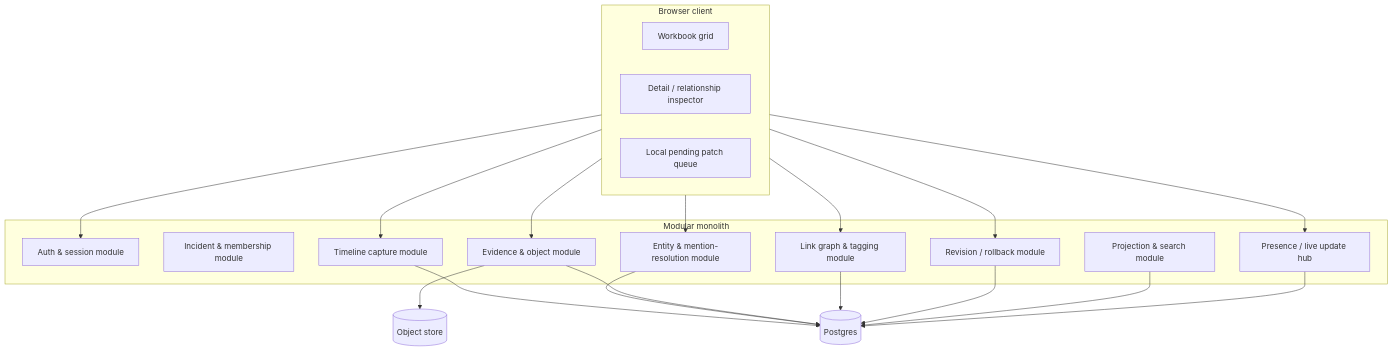
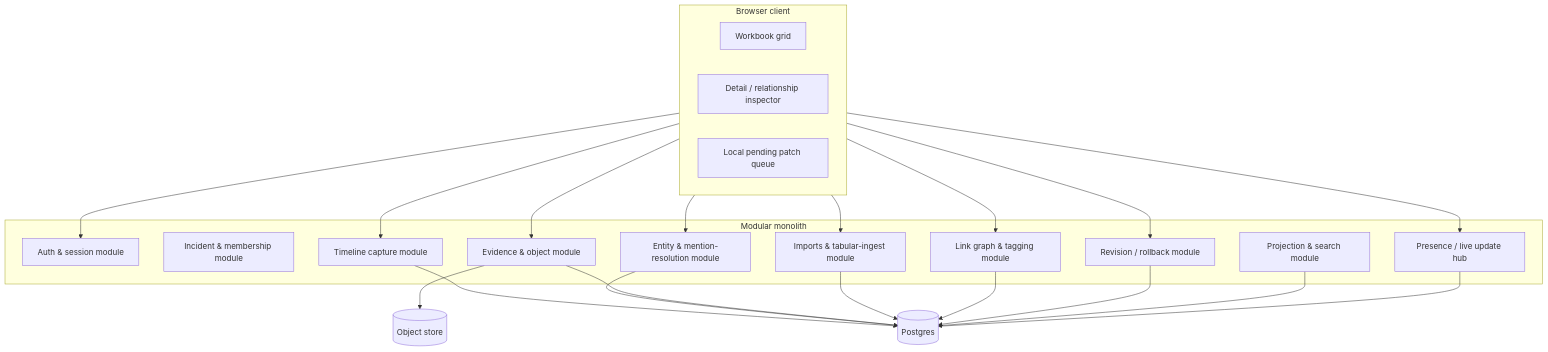
Before and after one commit to JochiRaider/cartulary: the second of 2 diagrams in docs/spec/B_architecture_diagrams_and_explanatory_source_extract.md, drawn with Mermaid. The commit also changed other lines of this file and 8 other files, not shown here.

````diff
--- a/docs/spec/B_architecture_diagrams_and_explanatory_source_extract.md
+++ b/docs/spec/B_architecture_diagrams_and_explanatory_source_extract.md
@@ -40,40 +40,43 @@
 ```mermaid
 flowchart TB
     subgraph Browser[Browser client]
         Grid[Workbook grid]
         Inspector[Detail / relationship inspector]
         Sync[Local pending patch queue]
     end
 
     subgraph App[Modular monolith]
         Auth[Auth & session module]
         Incident[Incident & membership module]
         Timeline[Timeline capture module]
         Entity[Entity & mention-resolution module]
         Evidence[Evidence & object module]
+        Imports[Imports & tabular-ingest module]
         Links[Link graph & tagging module]
         Revisions[Revision / rollback module]
         Projections[Projection & search module]
         Collab[Presence / live update hub]
     end
 
     PG[(Postgres)]
     OBJ[(Object store)]
 
     Browser --> Auth
     Browser --> Timeline
     Browser --> Entity
     Browser --> Evidence
+    Browser --> Imports
     Browser --> Links
     Browser --> Revisions
     Browser --> Collab
 
     Timeline --> PG
     Entity --> PG
     Evidence --> PG
     Evidence --> OBJ
+    Imports --> PG
     Links --> PG
     Revisions --> PG
     Projections --> PG
     Collab --> PG
 ```
````
